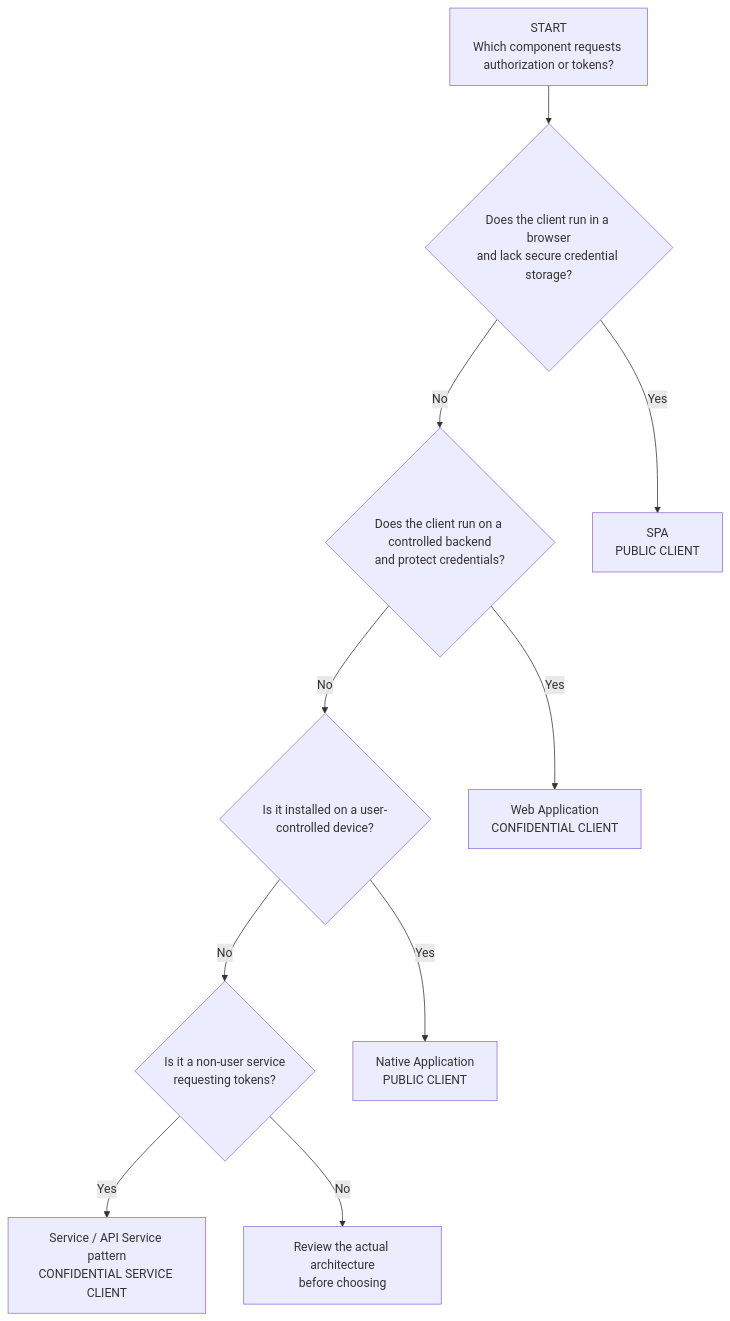
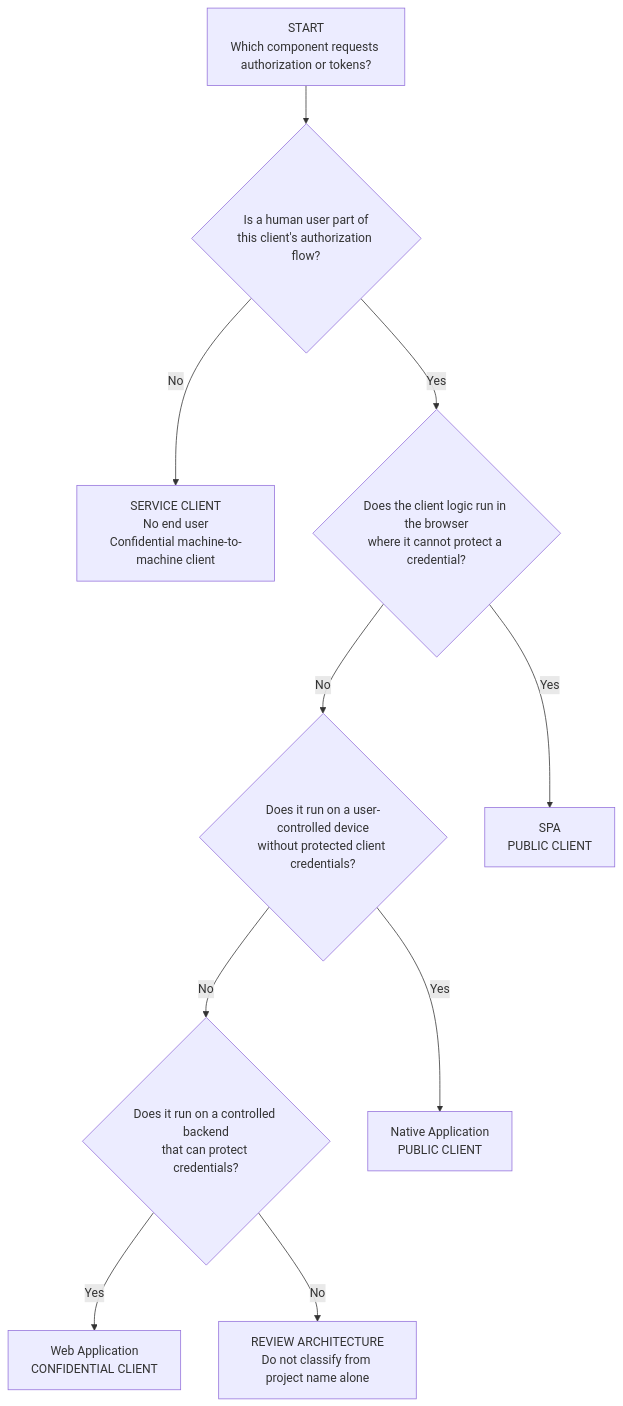
One commit to TedxHarry/OAuth-OIDC changed the first of 8 diagrams in diagrams/day-06-app-types-client-auth.md. Above: the diagram before and after it, drawn with Mermaid. The commit also changed other lines of this file, not shown here.

Commit message:
Fix Day 6 classification and resource-server diagrams

```diff
--- a/diagrams/day-06-app-types-client-auth.md
+++ b/diagrams/day-06-app-types-client-auth.md
@@ -9,24 +9,25 @@
 ~~~mermaid
 flowchart TB
     Q["START<br/>Which component requests authorization or tokens?"]
-    BROWSER{"Does the client run in a browser<br/>and lack secure credential storage?"}
-    BACKEND{"Does the client run on a controlled backend<br/>and protect credentials?"}
-    NATIVE{"Is it installed on a user-controlled device?"}
-    SERVICE{"Is it a non-user service<br/>requesting tokens?"}
+    USER{"Is a human user part of<br/>this client's authorization flow?"}
+    SERVICE["SERVICE CLIENT<br/>No end user<br/>Confidential machine-to-machine client"]
+
+    BROWSER{"Does the client logic run in the browser<br/>where it cannot protect a credential?"}
+    NATIVE{"Does it run on a user-controlled device<br/>without protected client credentials?"}
+    BACKEND{"Does it run on a controlled backend<br/>that can protect credentials?"}
 
     SPA["SPA<br/>PUBLIC CLIENT"]
+    NAT["Native Application<br/>PUBLIC CLIENT"]
     WEB["Web Application<br/>CONFIDENTIAL CLIENT"]
-    NAT["Native Application<br/>PUBLIC CLIENT"]
-    SVC["Service / API Service pattern<br/>CONFIDENTIAL SERVICE CLIENT"]
-    REVIEW["Review the actual architecture<br/>before choosing"]
+    REVIEW["REVIEW ARCHITECTURE<br/>Do not classify from project name alone"]
 
-    Q --> BROWSER
+    Q --> USER
+    USER -->|No| SERVICE
+    USER -->|Yes| BROWSER
     BROWSER -->|Yes| SPA
-    BROWSER -->|No| BACKEND
+    BROWSER -->|No| NATIVE
+    NATIVE -->|Yes| NAT
+    NATIVE -->|No| BACKEND
     BACKEND -->|Yes| WEB
-    BACKEND -->|No| NATIVE
-    NATIVE -->|Yes| NAT
-    NATIVE -->|No| SERVICE
-    SERVICE -->|Yes| SVC
-    SERVICE -->|No| REVIEW
+    BACKEND -->|No| REVIEW
 ~~~
```
